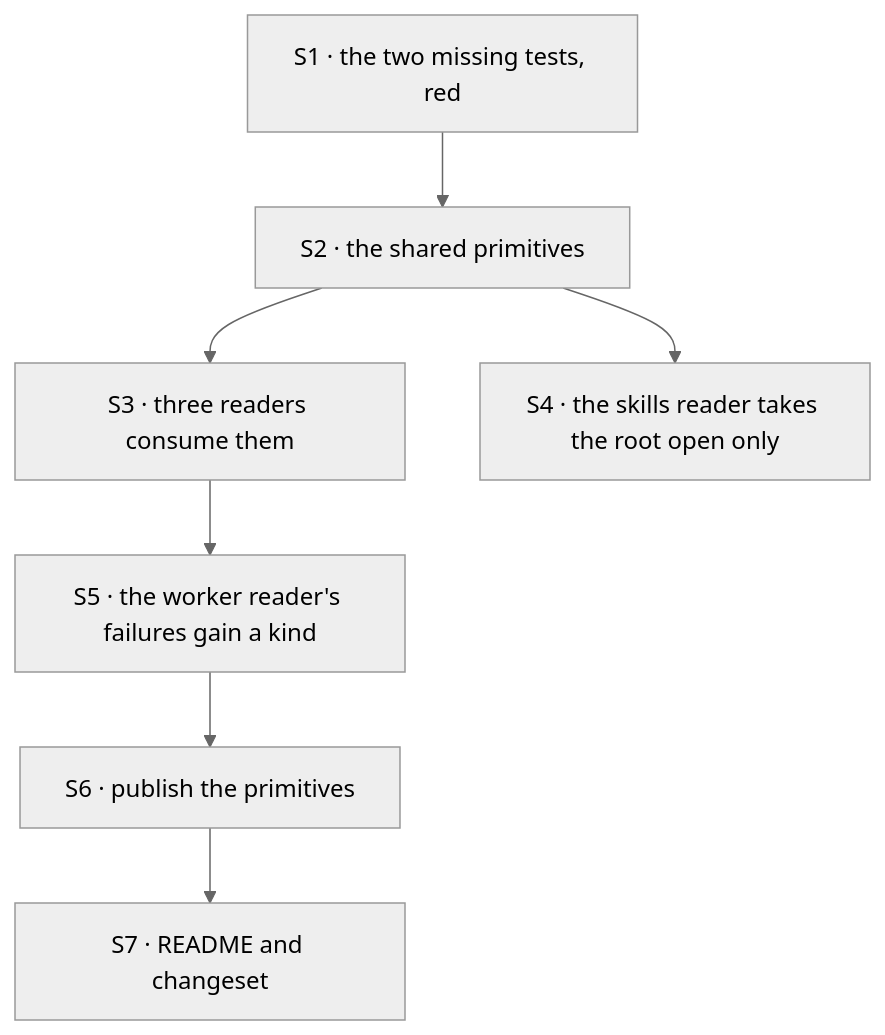
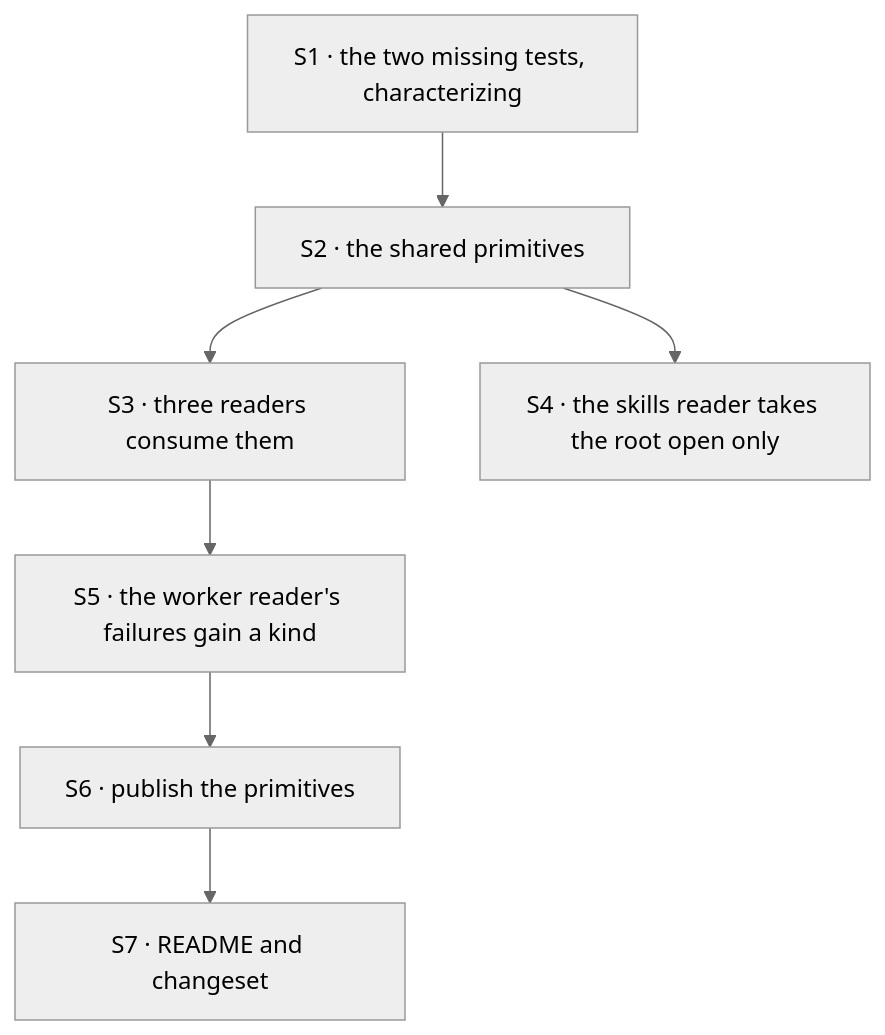
The diagram in spec/FIX-1389/PLAN.md (fixpoint-labs/flow-state-dev), drawn with Mermaid (neutral theme) before and after one commit. The commit also changed other lines of this file and 3 other files, not shown here.

````diff
--- a/spec/FIX-1389/PLAN.md
+++ b/spec/FIX-1389/PLAN.md
@@ -25,9 +25,9 @@
 ```mermaid
 flowchart TD
-  S1["S1 · the two missing tests, red"] --> S2["S2 · the shared primitives"]
+  S1["S1 · the two missing tests, characterizing"] --> S2["S2 · the shared primitives"]
   S2 --> S3["S3 · three readers consume them"]
   S2 --> S4["S4 · the skills reader takes the root open only"]
   S3 --> S5["S5 · the worker reader's failures gain a kind"]
   S5 --> S6["S6 · publish the primitives"]
   S6 --> S7["S7 · README and changeset"]
 ```
````
